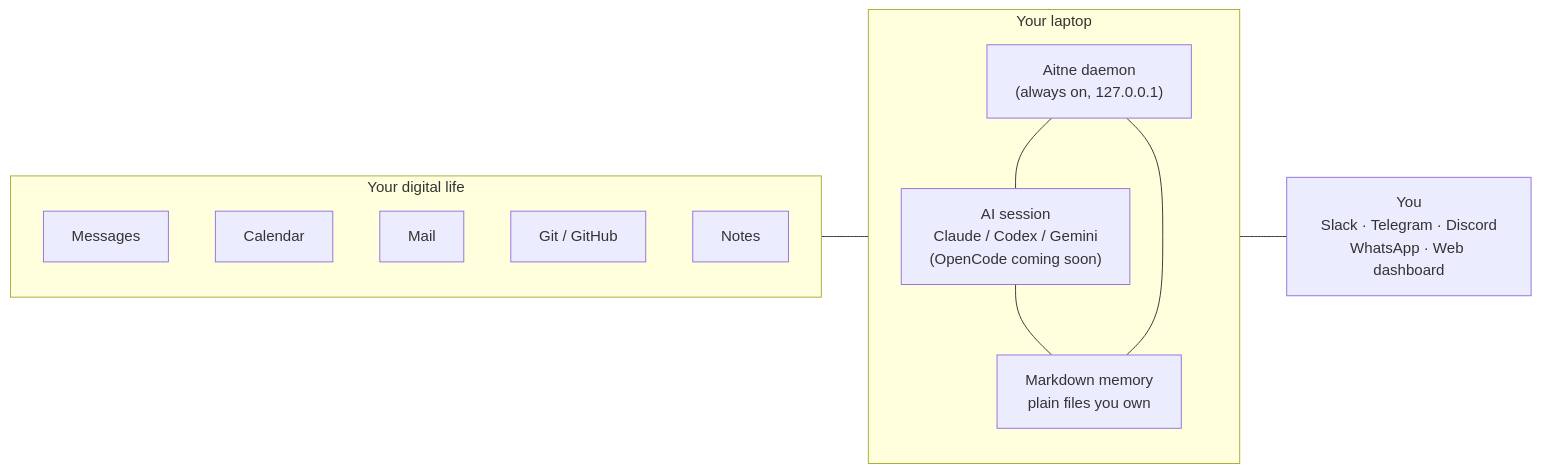
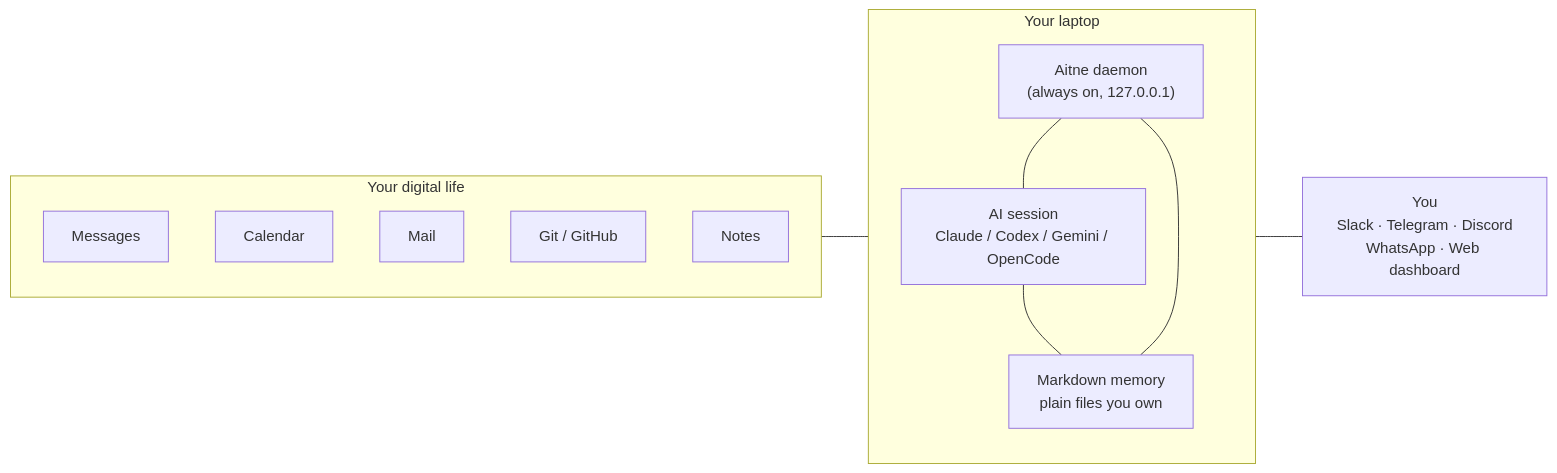
The diagram in README.md (Aitne-sh/Aitne), drawn with Mermaid before and after one commit. The commit also changed other lines of this file and 141 other files, not shown here.

````diff
--- a/README.md
+++ b/README.md
@@ -172,26 +172,26 @@
 ```mermaid
 flowchart LR
     subgraph WORLD["Your digital life"]
         direction TB
         W1["Messages"]
         W2["Calendar"]
         W3["Mail"]
         W4["Git / GitHub"]
         W5["Notes"]
     end
 
     subgraph LOCAL["Your laptop"]
         direction TB
         DAEMON["Aitne daemon<br/>(always on, 127.0.0.1)"]
-        BRAIN["AI session<br/>Claude / Codex / Gemini<br/>(OpenCode coming soon)"]
+        BRAIN["AI session<br/>Claude / Codex / Gemini / OpenCode"]
         MEMORY["Markdown memory<br/>plain files you own"]
         DAEMON --- BRAIN
         BRAIN --- MEMORY
         DAEMON --- MEMORY
     end
 
     YOU["You<br/>Slack · Telegram · Discord<br/>WhatsApp · Web dashboard"]
 
     WORLD --- DAEMON
     DAEMON --- YOU
 ```
````
